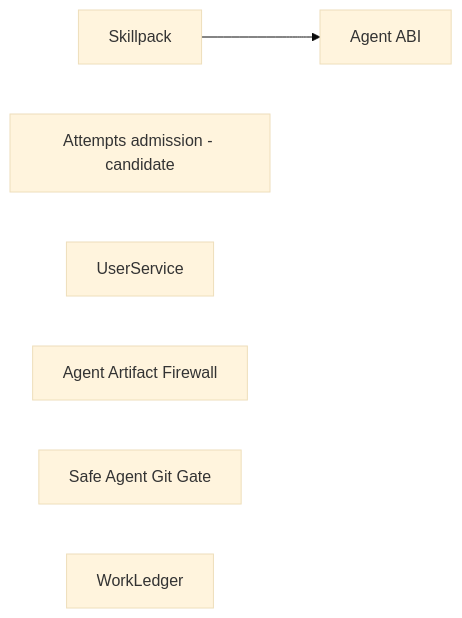
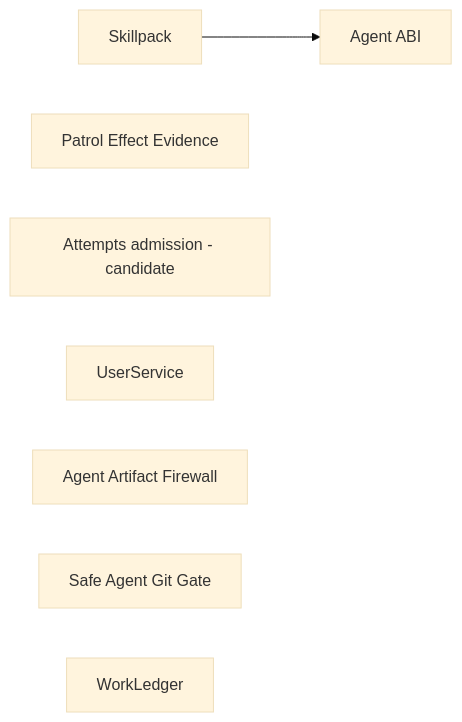
One commit to ivankuznetsov/hive changed the diagram in wiki/component-boundaries.md. Above: the diagram before and after it, drawn with Mermaid (base theme). The commit also changed other lines of this file and 62 other files, not shown here.

Commit message:
Add capability-bound Patrol effect gateways

````diff
--- a/wiki/component-boundaries.md
+++ b/wiki/component-boundaries.md
@@ -45,9 +46,10 @@
 ```mermaid
 flowchart LR
   skillpack[Skillpack] --> agent_abi[Agent ABI]
+  patrol_effects[Patrol Effect Evidence]
   attempts[Attempts admission - candidate]
   user_service[UserService]
   artifact_firewall[Agent Artifact Firewall]
   git_gate[Safe Agent Git Gate]
   work_ledger[WorkLedger]
 ```
````
